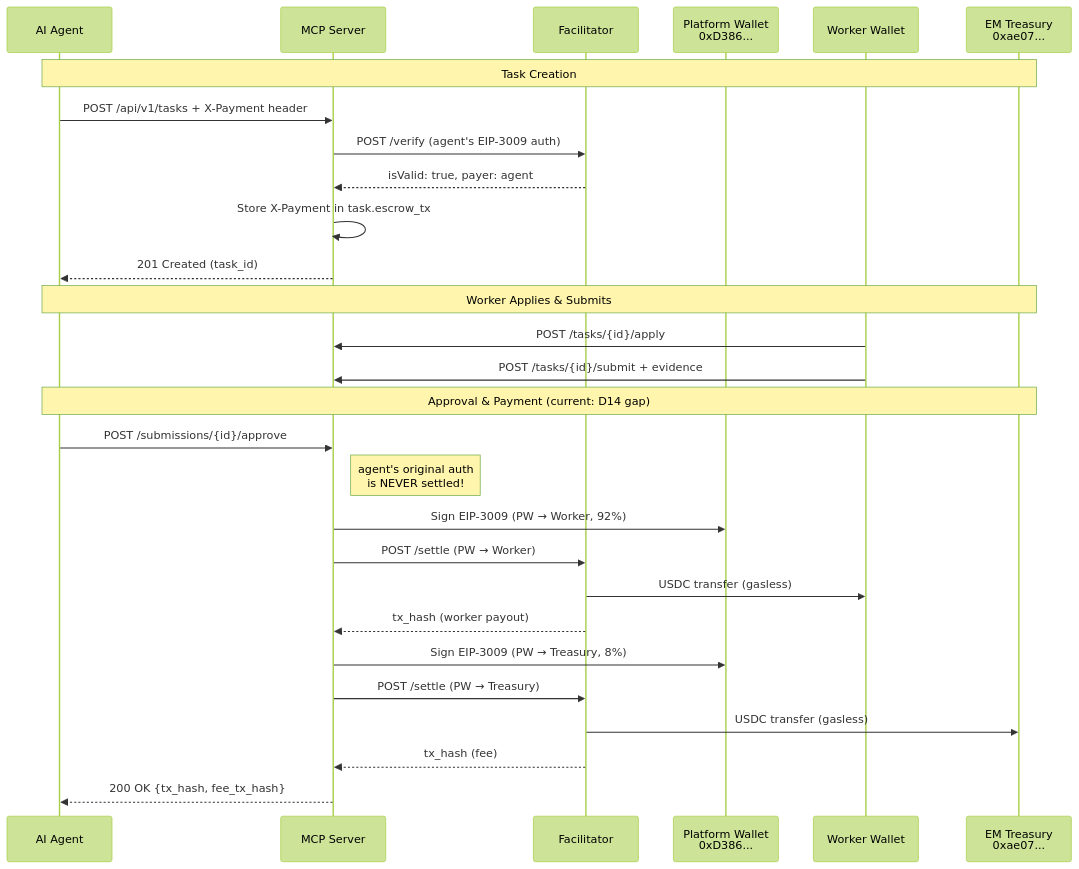
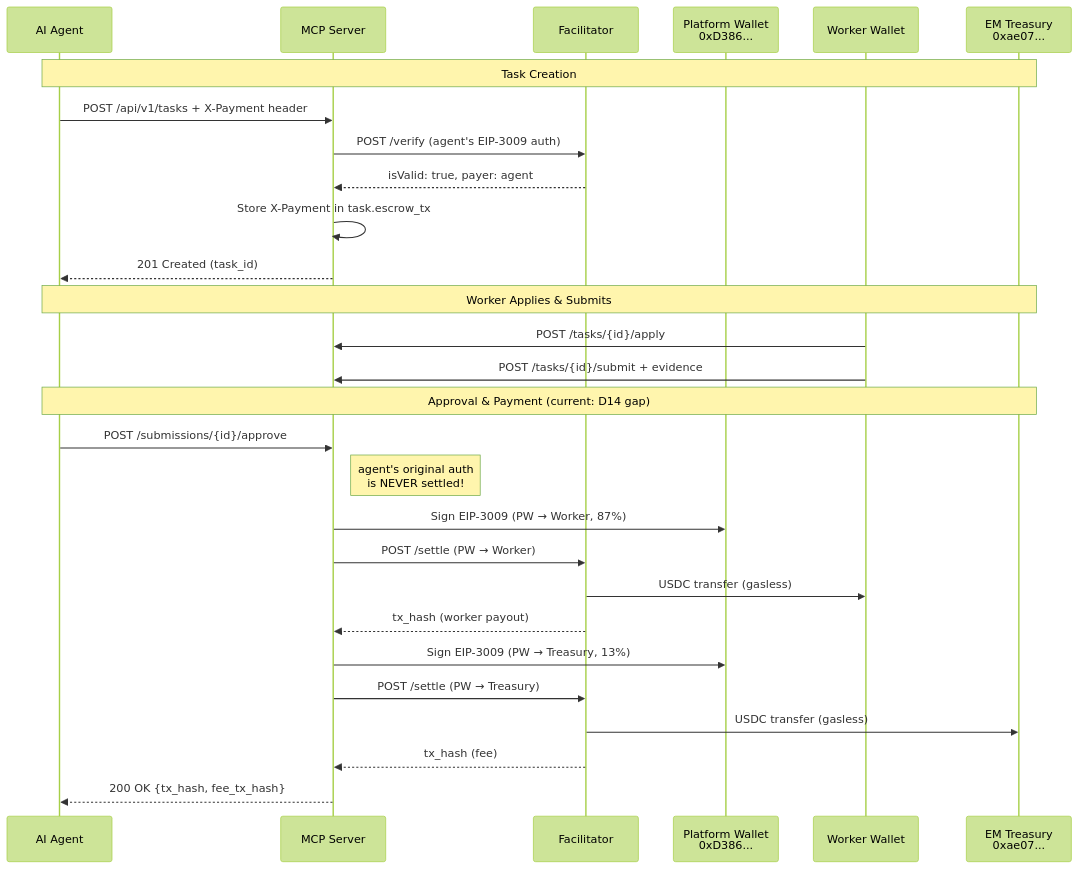
One commit to UltravioletaDAO/execution-market changed the first of 5 diagrams in docs/planning/PAYMENT_ARCHITECTURE.md. Above: the diagram before and after it, drawn with Mermaid (forest theme). The commit also changed other lines of this file and 65 other files, not shown here.

````diff
--- a/docs/planning/PAYMENT_ARCHITECTURE.md
+++ b/docs/planning/PAYMENT_ARCHITECTURE.md
@@ -11,33 +11,33 @@
 ```mermaid
 sequenceDiagram
     participant Agent as AI Agent
     participant MCP as MCP Server
     participant Fac as Facilitator
     participant PW as Platform Wallet<br/>0xD386...
     participant Worker as Worker Wallet
     participant Treasury as EM Treasury<br/>0xae07...
 
     Note over Agent,Treasury: Task Creation
     Agent->>MCP: POST /api/v1/tasks + X-Payment header
     MCP->>Fac: POST /verify (agent's EIP-3009 auth)
     Fac-->>MCP: isValid: true, payer: agent
     MCP->>MCP: Store X-Payment in task.escrow_tx
     MCP-->>Agent: 201 Created (task_id)
 
     Note over Agent,Treasury: Worker Applies & Submits
     Worker->>MCP: POST /tasks/{id}/apply
     Worker->>MCP: POST /tasks/{id}/submit + evidence
 
     Note over Agent,Treasury: Approval & Payment (current: D14 gap)
     Agent->>MCP: POST /submissions/{id}/approve
     Note right of MCP: agent's original auth<br/>is NEVER settled!
-    MCP->>PW: Sign EIP-3009 (PW → Worker, 92%)
+    MCP->>PW: Sign EIP-3009 (PW → Worker, 87%)
     MCP->>Fac: POST /settle (PW → Worker)
     Fac->>Worker: USDC transfer (gasless)
     Fac-->>MCP: tx_hash (worker payout)
-    MCP->>PW: Sign EIP-3009 (PW → Treasury, 8%)
+    MCP->>PW: Sign EIP-3009 (PW → Treasury, 13%)
     MCP->>Fac: POST /settle (PW → Treasury)
     Fac->>Treasury: USDC transfer (gasless)
     Fac-->>MCP: tx_hash (fee)
     MCP-->>Agent: 200 OK {tx_hash, fee_tx_hash}
 ```
````
